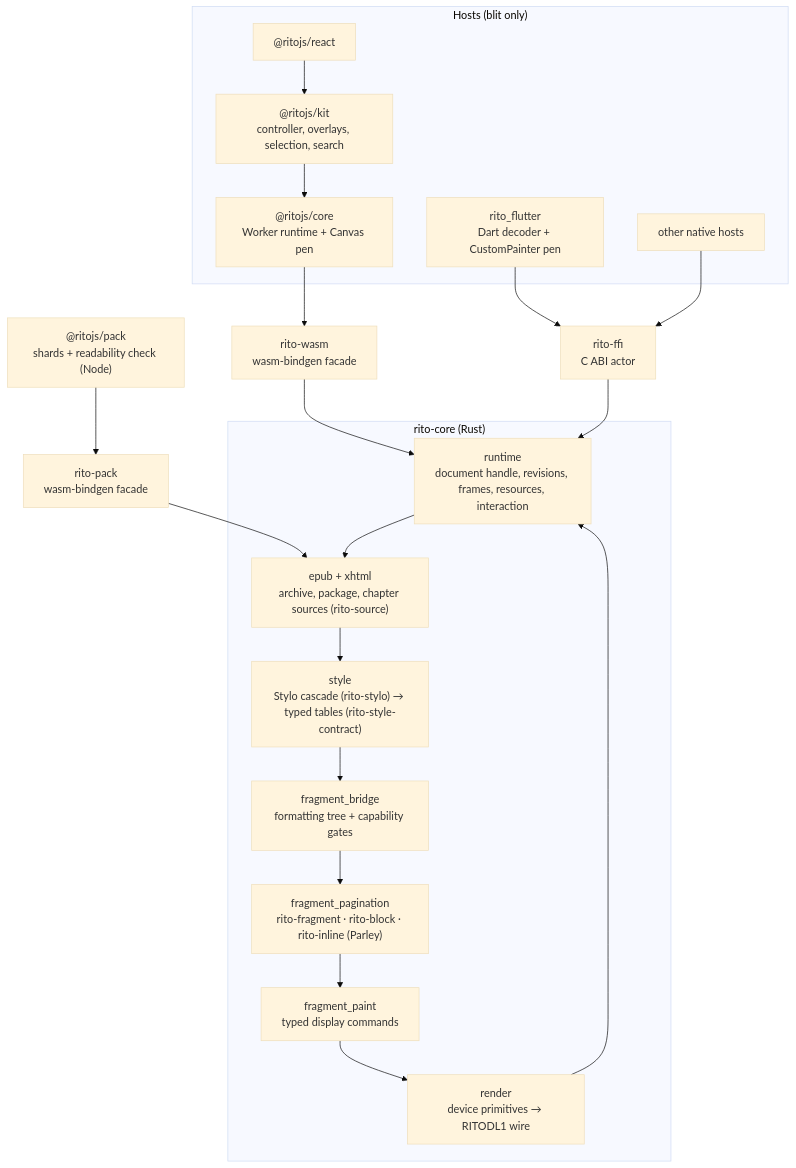
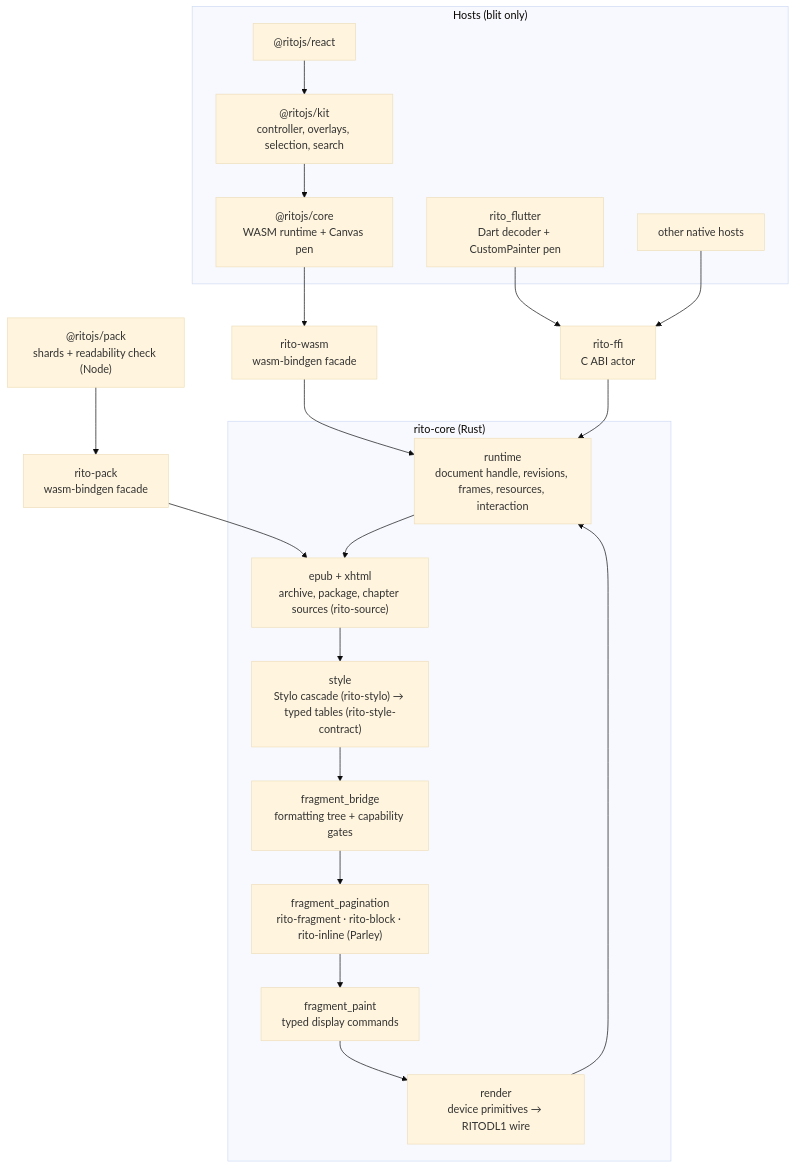
One commit to Ringyuki/Rito changed the diagram in README.md. Above: the diagram before and after it, drawn with Mermaid (base theme). The commit also changed other lines of this file and 51 other files, not shown here.

````diff
--- a/README.md
+++ b/README.md
@@ -28,26 +28,26 @@
 ```mermaid
 flowchart TB
   subgraph hosts["Hosts (blit only)"]
     react["@ritojs/react"] --> kit["@ritojs/kit<br/>controller, overlays, selection, search"]
-    kit --> core["@ritojs/core<br/>Worker runtime + Canvas pen"]
+    kit --> core["@ritojs/core<br/>WASM runtime + Canvas pen"]
     flutter["rito_flutter<br/>Dart decoder + CustomPainter pen"]
     native["other native hosts"]
   end
   server["@ritojs/pack<br/>shards + readability check (Node)"] --> packwasm["rito-pack<br/>wasm-bindgen facade"]
   packwasm --> epub
   core --> wasm["rito-wasm<br/>wasm-bindgen facade"]
   flutter --> ffi["rito-ffi<br/>C ABI actor"]
   native --> ffi
   wasm --> runtime
   ffi --> runtime
   subgraph engine["rito-core (Rust)"]
     runtime["runtime<br/>document handle, revisions, frames, resources, interaction"]
     runtime --> epub["epub + xhtml<br/>archive, package, chapter sources (rito-source)"]
     epub --> cascade["style<br/>Stylo cascade (rito-stylo) → typed tables (rito-style-contract)"]
     cascade --> bridge["fragment_bridge<br/>formatting tree + capability gates"]
     bridge --> layout["fragment_pagination<br/>rito-fragment · rito-block · rito-inline (Parley)"]
     layout --> paint["fragment_paint<br/>typed display commands"]
     paint --> render["render<br/>device primitives → RITODL1 wire"]
     render --> runtime
   end
 ```
````
